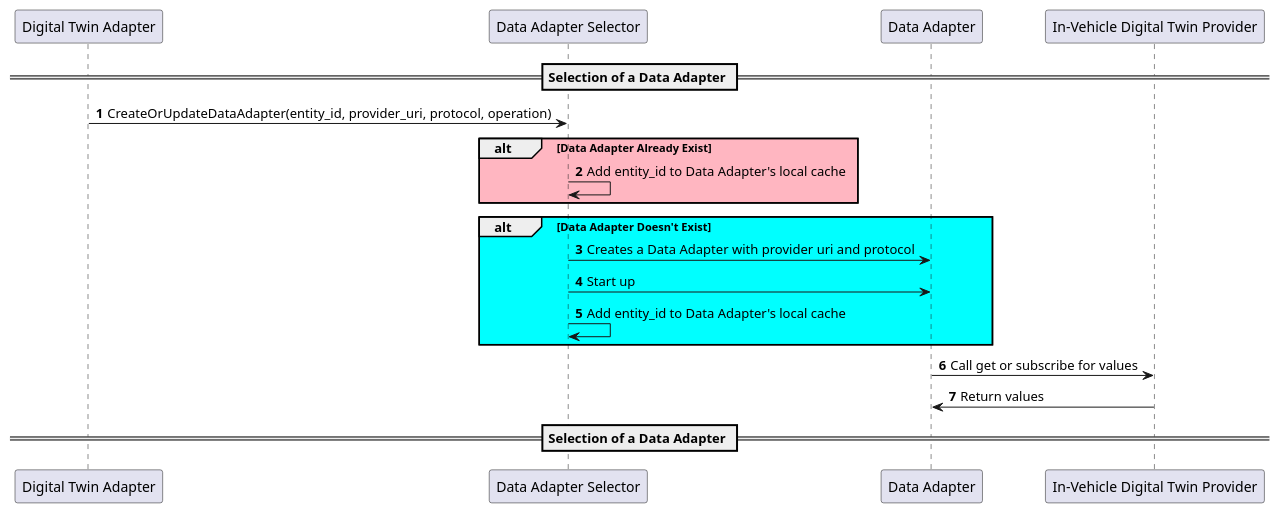
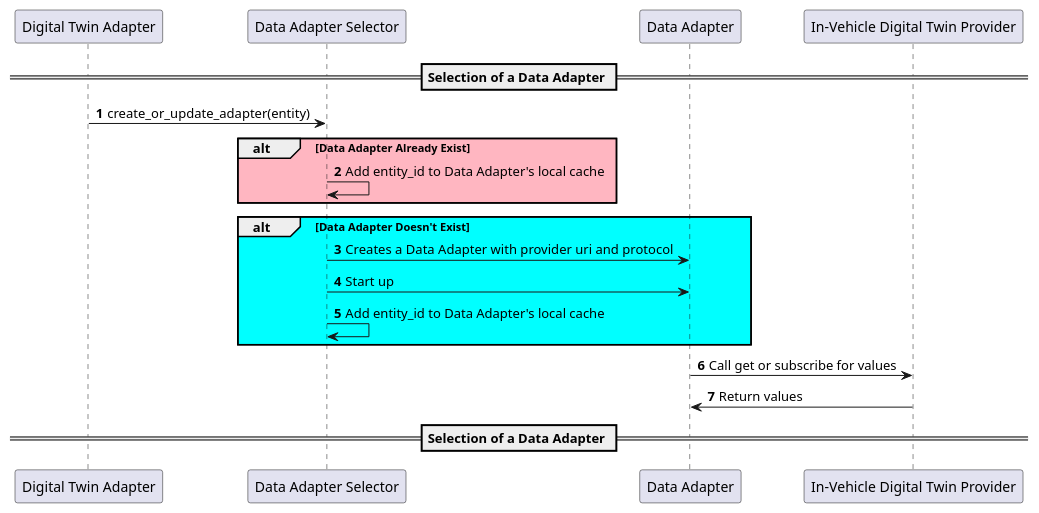
One commit to eclipse-ibeji/freyja changed the diagram in docs/diagrams/data_adapter_selection_sequence.puml. Above: the diagram before and after it, drawn with PlantUML. The commit also changed 2 other files, not shown here.

Commit message:
update diagrams

```diff
--- a/docs/diagrams/data_adapter_selection_sequence.puml
+++ b/docs/diagrams/data_adapter_selection_sequence.puml
@@ -1,25 +1,25 @@
 @startuml
 participant "Digital Twin Adapter"
 participant "Data Adapter Selector"
 participant "Data Adapter"
 participant "In-Vehicle Digital Twin Provider"
 autonumber
 
 == Selection of a Data Adapter ==
 
-"Digital Twin Adapter"->"Data Adapter Selector": CreateOrUpdateDataAdapter(entity_id, provider_uri, protocol, operation)
+"Digital Twin Adapter"->"Data Adapter Selector": create_or_update_adapter(entity)
 
 alt #LightPink Data Adapter Already Exist
     "Data Adapter Selector"->"Data Adapter Selector": Add entity_id to Data Adapter's local cache
 end
 
 alt #Aqua Data Adapter Doesn't Exist
     "Data Adapter Selector"->"Data Adapter": Creates a Data Adapter with provider uri and protocol
     "Data Adapter Selector"->"Data Adapter": Start up
     "Data Adapter Selector"->"Data Adapter Selector": Add entity_id to Data Adapter's local cache
 end
 
 "Data Adapter" -> "In-Vehicle Digital Twin Provider": Call get or subscribe for values
 "In-Vehicle Digital Twin Provider" -> "Data Adapter": Return values
 == Selection of a Data Adapter ==
 @enduml
```
